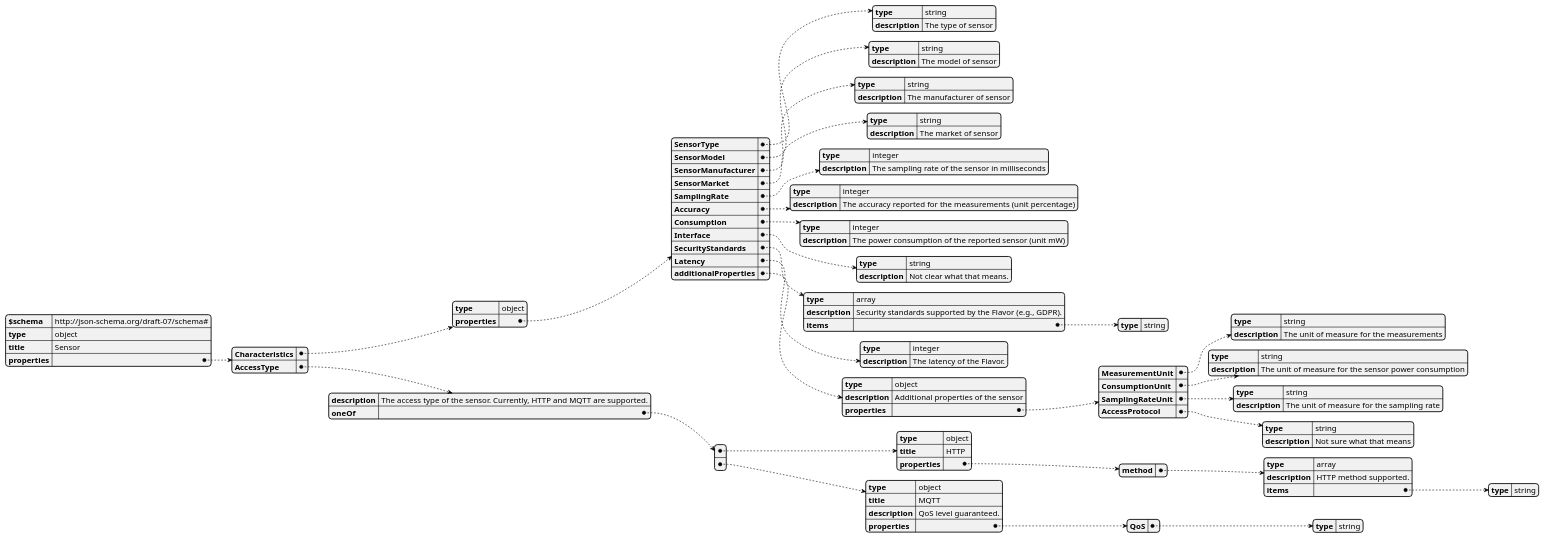
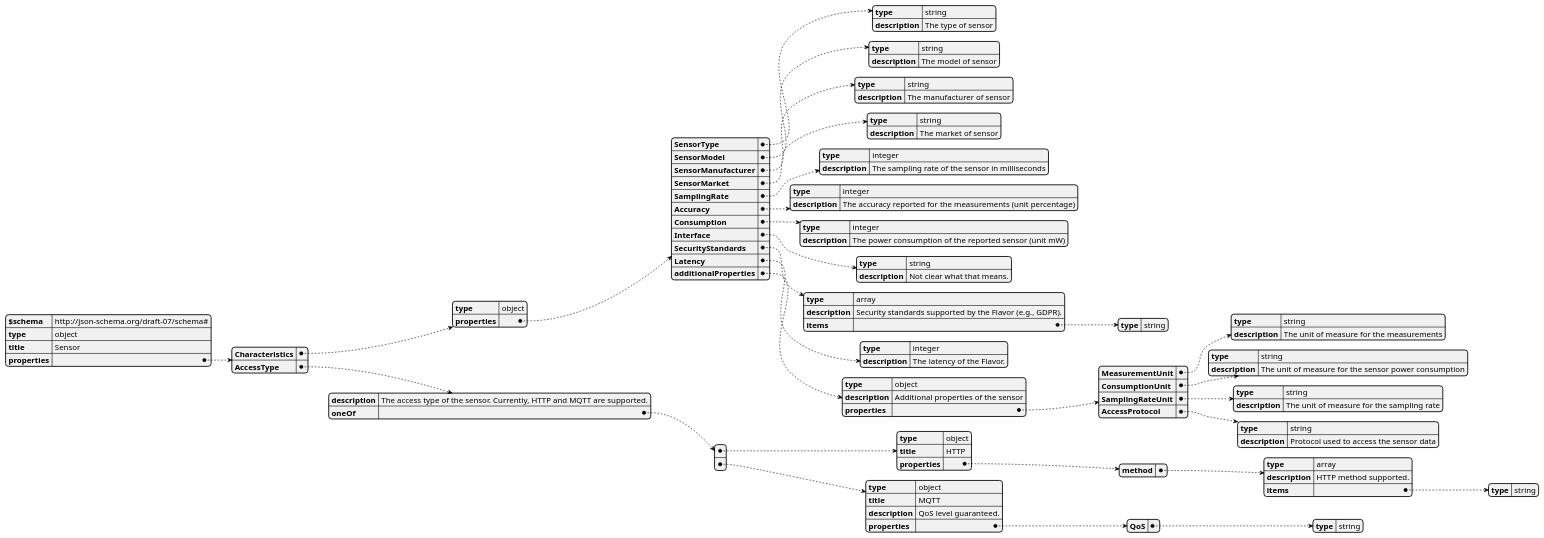
One commit to fluidos-project/REAR-data-models changed the diagram in puml/models/schemas/flavor-types/sensor.puml. Above: the diagram before and after it, drawn with PlantUML. The commit also changed 39 other files, not shown here.

```diff
--- a/puml/models/schemas/flavor-types/sensor.puml
+++ b/puml/models/schemas/flavor-types/sensor.puml
@@ -1,107 +1,107 @@
 @startjson
 {
     "$schema": "http://json-schema.org/draft-07/schema#",
     "type": "object",
     "title": "Sensor",
     "properties": {
         "Characteristics": {
             "type": "object",
             "properties": {
                 "SensorType": {
                     "type": "string",
                     "description": "The type of sensor"
                 },
                 "SensorModel": {
                     "type": "string",
                     "description": "The model of sensor"
                 },
                 "SensorManufacturer": {
                     "type": "string",
                     "description": "The manufacturer of sensor"
                 },
                 "SensorMarket": {
                     "type": "string",
                     "description": "The market of sensor"
                 },
                 "SamplingRate": {
                     "type": "integer",
                     "description": "The sampling rate of the sensor in milliseconds"
                 },
                 "Accuracy": {
                     "type": "integer",
                     "description": "The accuracy reported for the measurements (unit percentage)"
                 },
                 "Consumption": {
                     "type": "integer",
                     "description": "The power consumption of the reported sensor (unit mW)"
                 },
                 "Interface": {
                     "type": "string",
                     "description": "Not clear what that means."
                 },
                 "SecurityStandards": {
                     "type": "array",
                     "description": "Security standards supported by the Flavor (e.g., GDPR).",
                     "items": {
                         "type": "string"
                     }
                 },
                 "Latency": {
                     "type": "integer",
                     "description": "The latency of the Flavor."
                 },
                 "additionalProperties": {
                     "type": "object",
                     "description": "Additional properties of the sensor",
                     "properties": {
                         "MeasurementUnit": {
                             "type": "string",
                             "description": "The unit of measure for the measurements"
                         },
                         "ConsumptionUnit": {
                             "type": "string",
                             "description": "The unit of measure for the sensor power consumption"
                         },
                         "SamplingRateUnit": {
                             "type": "string",
                             "description": "The unit of measure for the sampling rate"
                         },
                         "AccessProtocol": {
                             "type": "string",
-                            "description": "Not sure what that means"
+                            "description": "Protocol used to access the sensor data"
                         }
                     }
                 }
             }
         },
         "AccessType": {
             "description": "The access type of the sensor. Currently, HTTP and MQTT are supported.",
             "oneOf": [
                 {
                     "type": "object",
                     "title": "HTTP",
                     "properties": {
                         "method": {
                             "type": "array",
                             "description": "HTTP method supported.",
                             "items": {
                                 "type": "string"
                             }
                         }
                     }
                 },
                 {
                     "type": "object",
                     "title": "MQTT",
                     "description": "QoS level guaranteed.",
                     "properties": {
                         "QoS": {
                             "type": "string"
                         }
                     }
                 }
             ]
         }
     }
 }
 @endjson
```
